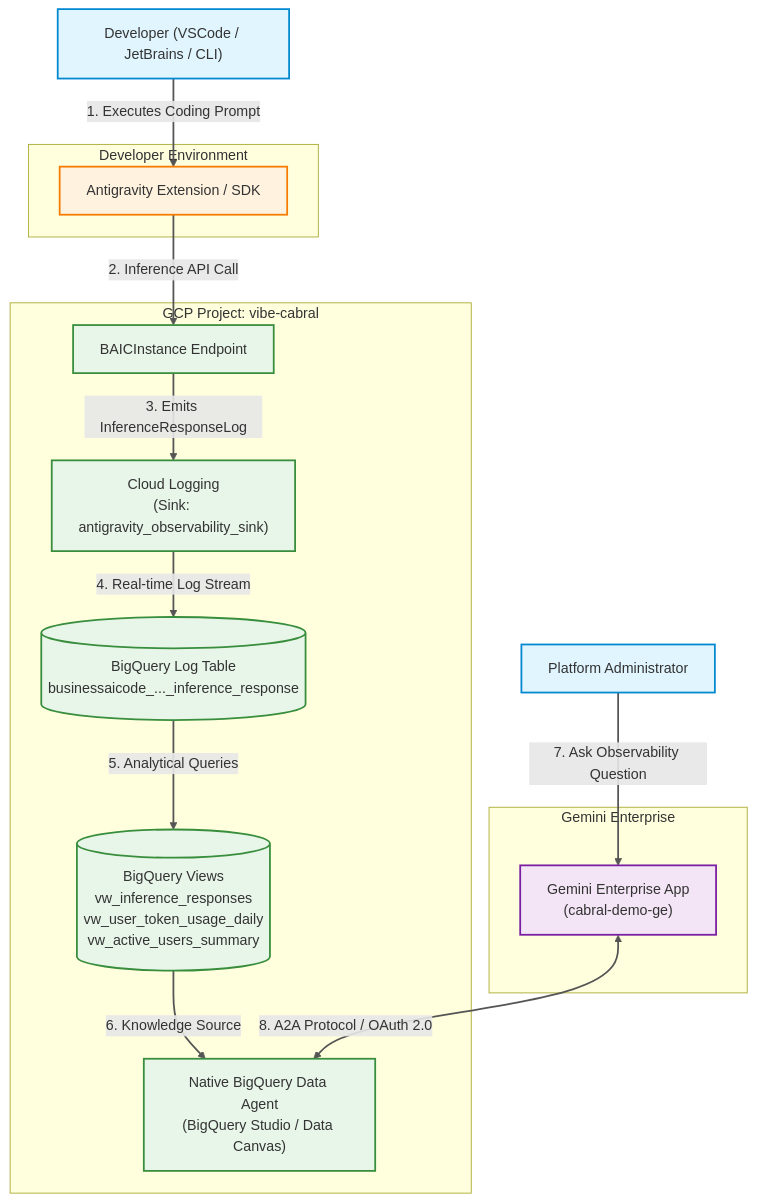
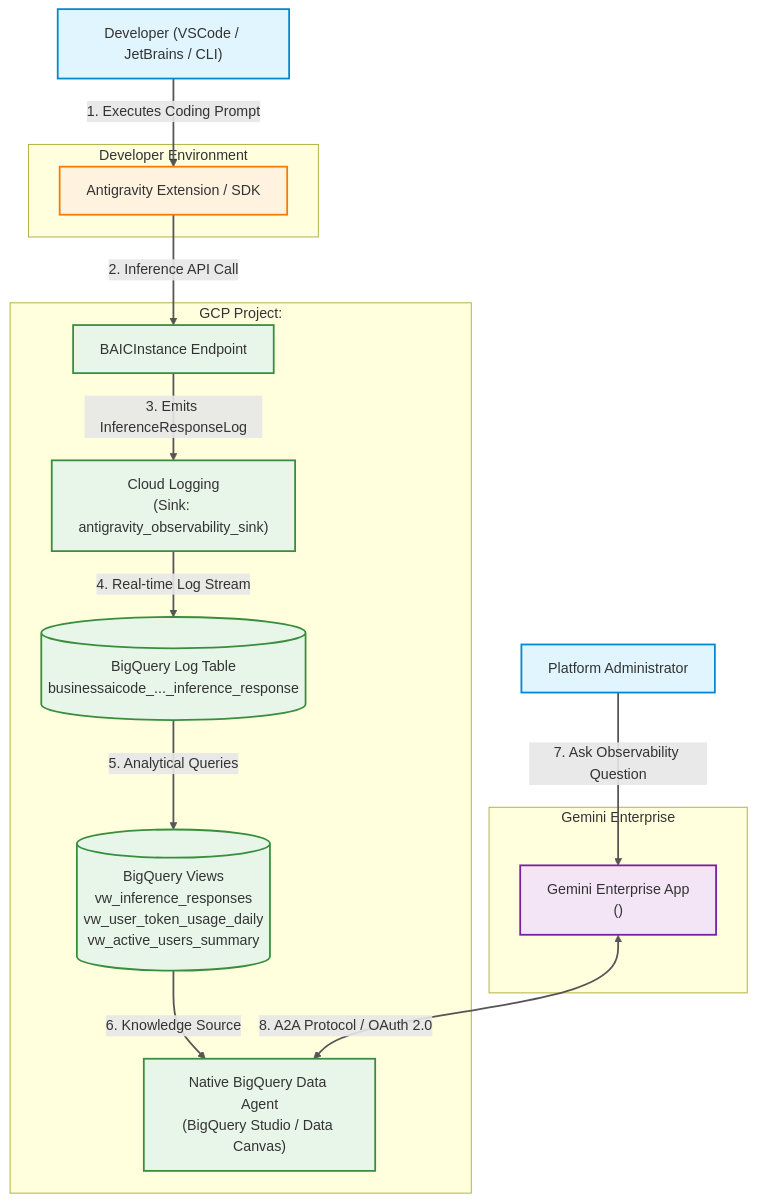
The first of 4 diagrams in docs/ARCHITECTURE_AND_FLOWS.md (carlosmscabral/antigravity-ge-admin), drawn with Mermaid before and after one commit. The commit also changed other lines of this file and 8 other files, not shown here.

````diff
--- a/docs/ARCHITECTURE_AND_FLOWS.md
+++ b/docs/ARCHITECTURE_AND_FLOWS.md
@@ -14,37 +14,37 @@
 ```mermaid
 flowchart TD
     classDef actor fill:#e1f5fe,stroke:#0288d1,stroke-width:2px;
     classDef client fill:#fff3e0,stroke:#f57c00,stroke-width:2px;
     classDef gcp fill:#e8f5e9,stroke:#388e3c,stroke-width:2px;
     classDef ge fill:#f3e5f5,stroke:#7b1fa2,stroke-width:2px;
 
     Dev["Developer (VSCode / JetBrains / CLI)"]:::actor
     Admin["Platform Administrator"]:::actor
 
     subgraph IDE_Boundary["Developer Environment"]
         Plugin["Antigravity Extension / SDK"]:::client
     end
 
-    subgraph GCP_Vibe_Cabral["GCP Project: vibe-cabral"]
+    subgraph GCP_Project_Boundary["GCP Project: <YOUR_PROJECT_ID>"]
         BAIC["BAICInstance Endpoint"]:::gcp
         CloudLogging["Cloud Logging<br/>(Sink: antigravity_observability_sink)"]:::gcp
         BQ_Table[("BigQuery Log Table<br/>businessaicode_..._inference_response")]:::gcp
         BQ_Views[("BigQuery Views<br/>vw_inference_responses<br/>vw_user_token_usage_daily<br/>vw_active_users_summary")]:::gcp
         BQ_Agent["Native BigQuery Data Agent<br/>(BigQuery Studio / Data Canvas)"]:::gcp
     end
 
     subgraph Gemini_Enterprise_Boundary["Gemini Enterprise"]
-        GE_App["Gemini Enterprise App<br/>(cabral-demo-ge)"]:::ge
+        GE_App["Gemini Enterprise App<br/>(<YOUR_ENGINE_ID>)"]:::ge
     end
 
     Dev -->|1. Executes Coding Prompt| Plugin
     Plugin -->|2. Inference API Call| BAIC
     BAIC -->|3. Emits InferenceResponseLog| CloudLogging
     CloudLogging -->|4. Real-time Log Stream| BQ_Table
     BQ_Table -->|5. Analytical Queries| BQ_Views
     BQ_Views -->|6. Knowledge Source| BQ_Agent
     Admin -->|7. Ask Observability Question| GE_App
     GE_App <-->|8. A2A Protocol / OAuth 2.0| BQ_Agent
 
     linkStyle default stroke:#555,stroke-width:2px;
 ```
````
